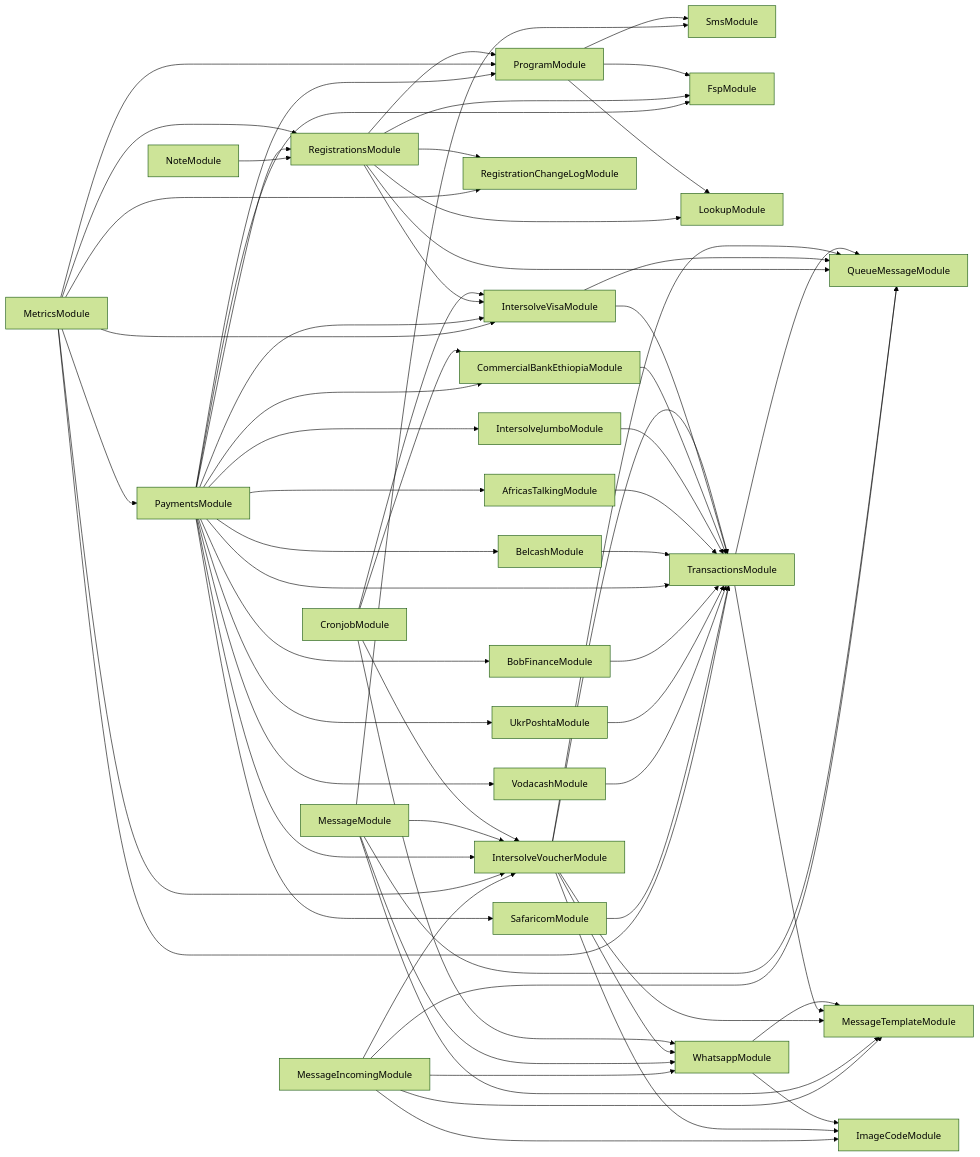
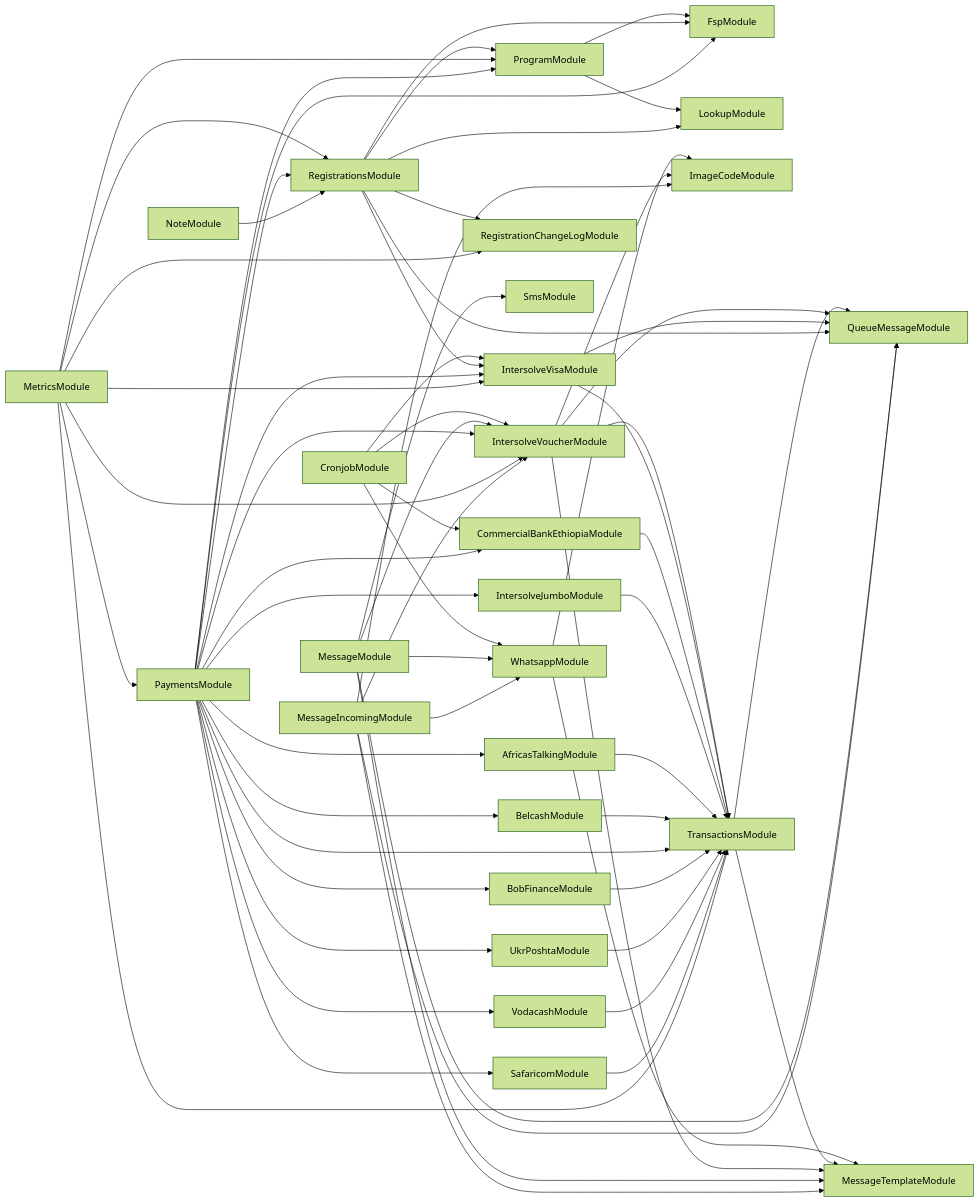
One commit to global-121/121-platform changed the diagram in services/121-service/module-dependencies.md. Above: the diagram before and after it, drawn with Mermaid (forest theme). The commit also changed 4 other files, not shown here.

````diff
--- a/services/121-service/module-dependencies.md
+++ b/services/121-service/module-dependencies.md
@@ -3,67 +3,65 @@
 ```mermaid
 graph LR
-  ProgramModule-->SmsModule
   ProgramModule-->FspModule
   ProgramModule-->LookupModule
   CronjobModule-->WhatsappModule
   WhatsappModule-->ImageCodeModule
   WhatsappModule-->MessageTemplateModule
   CronjobModule-->IntersolveVoucherModule
   IntersolveVoucherModule-->ImageCodeModule
   IntersolveVoucherModule-->TransactionsModule
   TransactionsModule-->QueueMessageModule
   TransactionsModule-->MessageTemplateModule
-  IntersolveVoucherModule-->WhatsappModule
   IntersolveVoucherModule-->QueueMessageModule
   IntersolveVoucherModule-->MessageTemplateModule
   CronjobModule-->IntersolveVisaModule
   IntersolveVisaModule-->TransactionsModule
   IntersolveVisaModule-->QueueMessageModule
   CronjobModule-->CommercialBankEthiopiaModule
   CommercialBankEthiopiaModule-->TransactionsModule
   RegistrationsModule-->LookupModule
   RegistrationsModule-->ProgramModule
   RegistrationsModule-->FspModule
   RegistrationsModule-->QueueMessageModule
   RegistrationsModule-->IntersolveVisaModule
   RegistrationsModule-->RegistrationChangeLogModule
   MessageModule-->WhatsappModule
   MessageModule-->SmsModule
   MessageModule-->QueueMessageModule
   MessageModule-->IntersolveVoucherModule
   MessageModule-->MessageTemplateModule
   MetricsModule-->ProgramModule
   MetricsModule-->RegistrationsModule
   MetricsModule-->PaymentsModule
   PaymentsModule-->FspModule
   PaymentsModule-->IntersolveVoucherModule
   PaymentsModule-->IntersolveVisaModule
   PaymentsModule-->IntersolveJumboModule
   IntersolveJumboModule-->TransactionsModule
   PaymentsModule-->AfricasTalkingModule
   AfricasTalkingModule-->TransactionsModule
   PaymentsModule-->BelcashModule
   BelcashModule-->TransactionsModule
   PaymentsModule-->TransactionsModule
   PaymentsModule-->BobFinanceModule
   BobFinanceModule-->TransactionsModule
   PaymentsModule-->UkrPoshtaModule
   UkrPoshtaModule-->TransactionsModule
   PaymentsModule-->VodacashModule
   VodacashModule-->TransactionsModule
   PaymentsModule-->SafaricomModule
   SafaricomModule-->TransactionsModule
   PaymentsModule-->CommercialBankEthiopiaModule
   PaymentsModule-->RegistrationsModule
   PaymentsModule-->ProgramModule
   MetricsModule-->TransactionsModule
   MetricsModule-->IntersolveVisaModule
   MetricsModule-->IntersolveVoucherModule
   MetricsModule-->RegistrationChangeLogModule
   MessageIncomingModule-->ImageCodeModule
   MessageIncomingModule-->IntersolveVoucherModule
   MessageIncomingModule-->WhatsappModule
   MessageIncomingModule-->QueueMessageModule
   MessageIncomingModule-->MessageTemplateModule
   NoteModule-->RegistrationsModule
 ```
````
